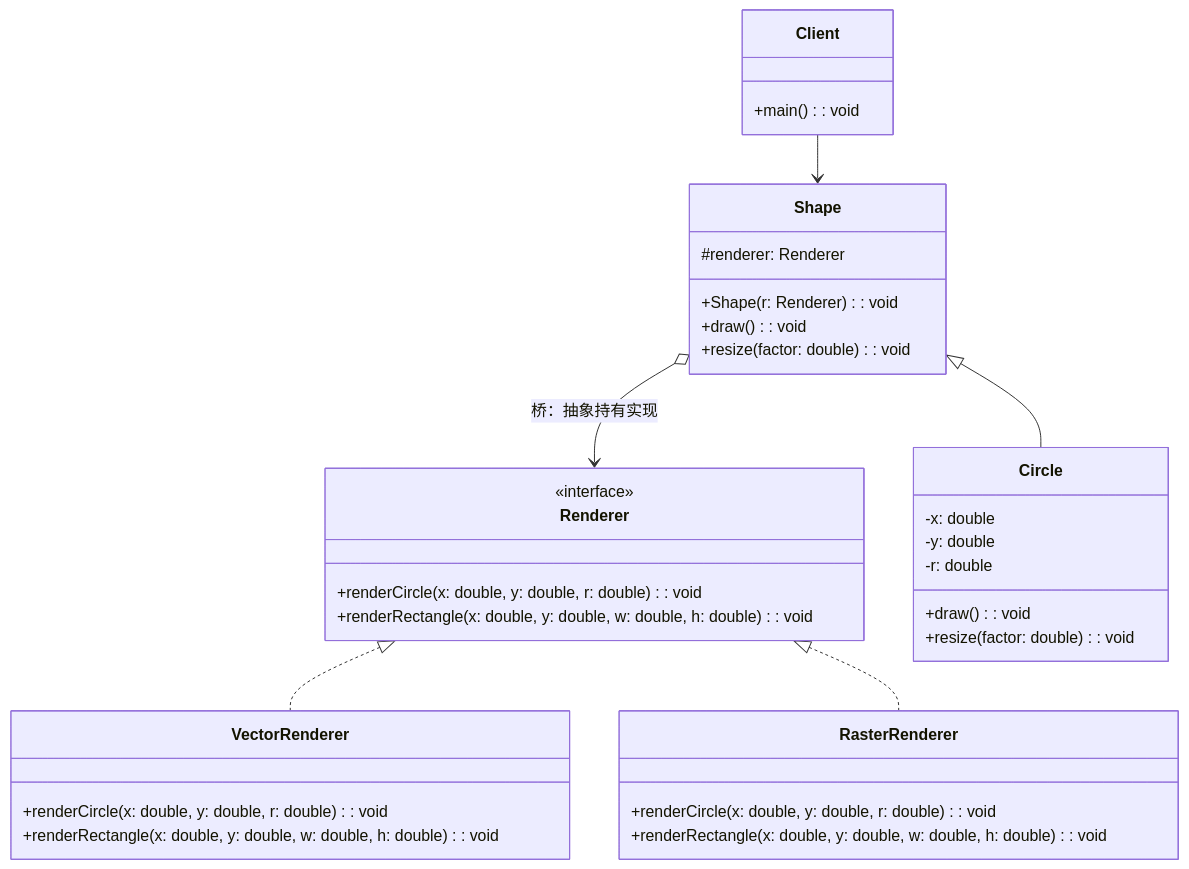
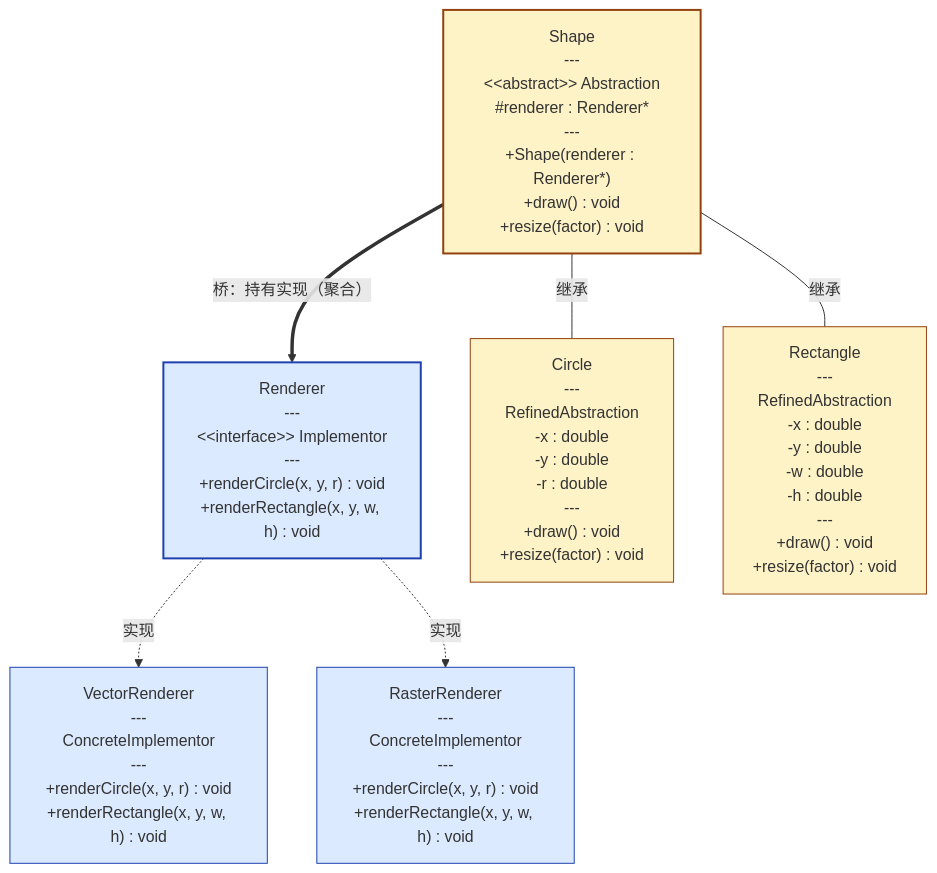
One commit to os-artificer/ebooks changed the first of 2 diagrams in notes/design-mode/bridge-pattern-principle.md. Above: the diagram before and after it, drawn with Mermaid. The commit also changed other lines of this file and 1 other file, not shown here.

Commit message:
fix(design-mode): 修复桥接模式原理文 mermaid 类图换行及语言校验

````diff
--- a/notes/design-mode/bridge-pattern-principle.md
+++ b/notes/design-mode/bridge-pattern-principle.md
@@ -61,43 +77,24 @@
 ```mermaid
-classDiagram
-    class Renderer {
-        <<interface>>
-        +renderCircle(x: double, y: double, r: double): void
-        +renderRectangle(x: double, y: double, w: double, h: double): void
-    }
+flowchart TB
+    Shape["Shape<br/>---<br/>&lt;&lt;abstract&gt;&gt; Abstraction<br/>#renderer : Renderer*<br/>---<br/>+Shape(renderer : Renderer*)<br/>+draw() : void<br/>+resize(factor) : void"]
+    Renderer["Renderer<br/>---<br/>&lt;&lt;interface&gt;&gt; Implementor<br/>---<br/>+renderCircle(x, y, r) : void<br/>+renderRectangle(x, y, w, h) : void"]
 
-    class VectorRenderer {
-        +renderCircle(x: double, y: double, r: double): void
-        +renderRectangle(x: double, y: double, w: double, h: double): void
-    }
+    Circle["Circle<br/>---<br/>RefinedAbstraction<br/>-x : double<br/>-y : double<br/>-r : double<br/>---<br/>+draw() : void<br/>+resize(factor) : void"]
+    Rectangle["Rectangle<br/>---<br/>RefinedAbstraction<br/>-x : double<br/>-y : double<br/>-w : double<br/>-h : double<br/>---<br/>+draw() : void<br/>+resize(factor) : void"]
 
-    class RasterRenderer {
-        +renderCircle(x: double, y: double, r: double): void
-        +renderRectangle(x: double, y: double, w: double, h: double): void
-    }
+    Vector["VectorRenderer<br/>---<br/>ConcreteImplementor<br/>---<br/>+renderCircle(x, y, r) : void<br/>+renderRectangle(x, y, w, h) : void"]
+    Raster["RasterRenderer<br/>---<br/>ConcreteImplementor<br/>---<br/>+renderCircle(x, y, r) : void<br/>+renderRectangle(x, y, w, h) : void"]
 
-    class Shape {
-        #renderer: Renderer
-        +Shape(r: Renderer): void
-        +draw(): void
-        +resize(factor: double): void
-    }
+    Shape ==>|"桥：持有实现（聚合）"| Renderer
+    Shape ---|继承| Circle
+    Shape ---|继承| Rectangle
+    Renderer -.->|实现| Vector
+    Renderer -.->|实现| Raster
 
-    class Circle {
-        -x: double
-        -y: double
-        -r: double
-        +draw(): void
-        +resize(factor: double): void
-    }
-
-    class Client {
-        +main(): void
-    }
-
-    Renderer <|.. VectorRenderer
-    Renderer <|.. RasterRenderer
-    Shape <|-- Circle
-    Shape o--> Renderer : 桥：抽象持有实现
-    Client --> Shape
+    style Shape fill:#fef3c7,stroke:#92400e,stroke-width:2px
+    style Renderer fill:#dbeafe,stroke:#1e40af,stroke-width:2px
+    style Vector fill:#dbeafe,stroke:#1e40af
+    style Raster fill:#dbeafe,stroke:#1e40af
+    style Circle fill:#fef3c7,stroke:#92400e
+    style Rectangle fill:#fef3c7,stroke:#92400e
 ```
````
